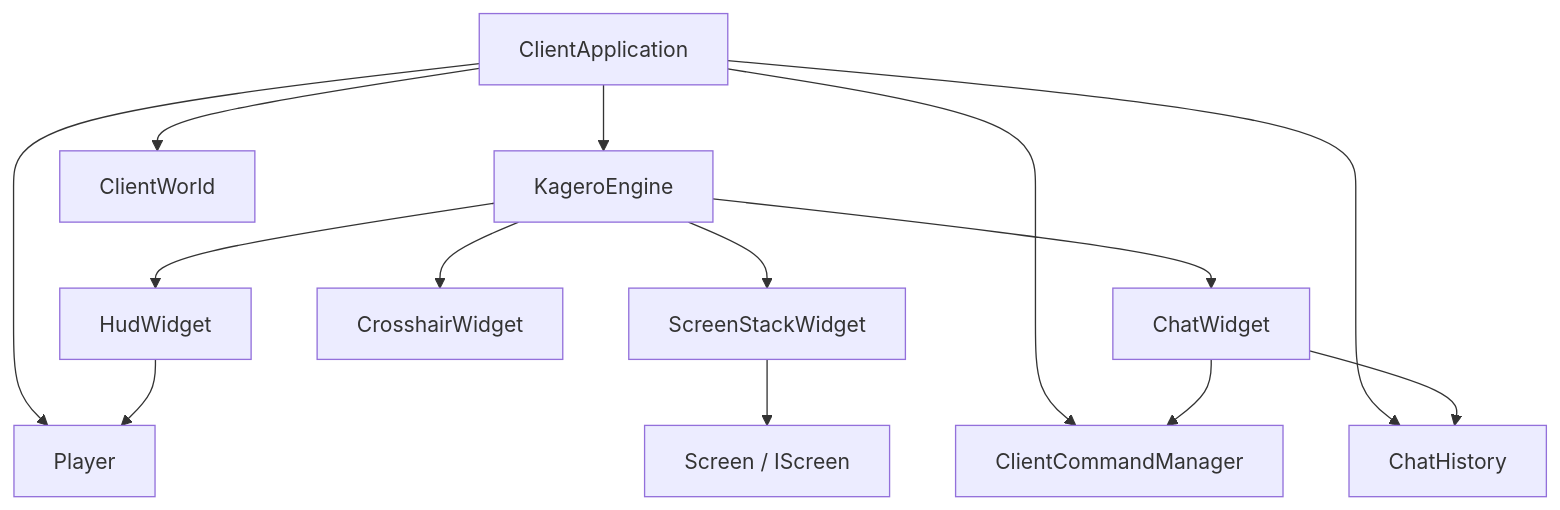
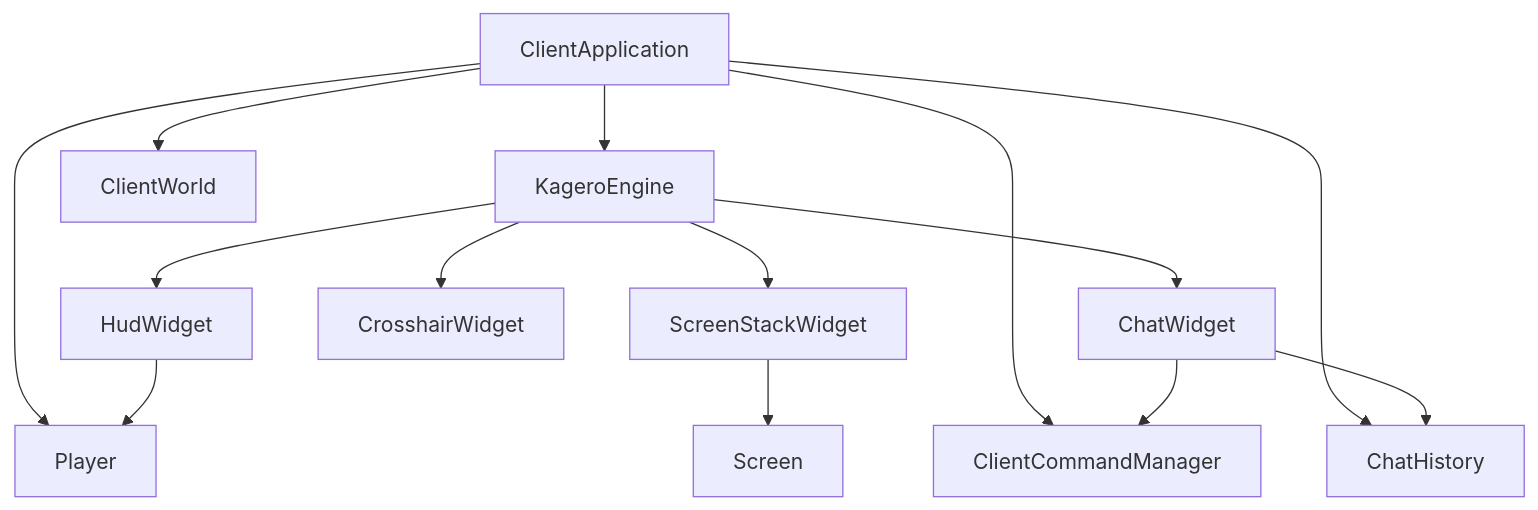
The diagram in src/client/ui/minecraft/widgets/README.md (g122622/Cubium), drawn with Mermaid before and after one commit. The commit also changed other lines of this file and 21 other files, not shown here.

First line of the commit message:
refactor(ui): MapScreen 迁 kagero 并清空 IScreen 屏幕体系

````diff
--- a/src/client/ui/minecraft/widgets/README.md
+++ b/src/client/ui/minecraft/widgets/README.md
@@ -26,18 +26,18 @@
 ```mermaid
 flowchart TB
     App[ClientApplication] --> Kagero[KageroEngine]
     App --> ChatMgr[ChatHistory]
     App --> CmdMgr[ClientCommandManager]
     App --> World[ClientWorld]
     App --> Player[Player]
 
     Kagero --> Chat[ChatWidget]
     Kagero --> HUD[HudWidget]
     Kagero --> Crosshair[CrosshairWidget]
     Kagero --> Stack[ScreenStackWidget]
 
     Chat --> ChatMgr
     Chat --> CmdMgr
     HUD --> Player
-    Stack --> Screens[Screen / IScreen]
+    Stack --> Screens[Screen]
 ```
````
